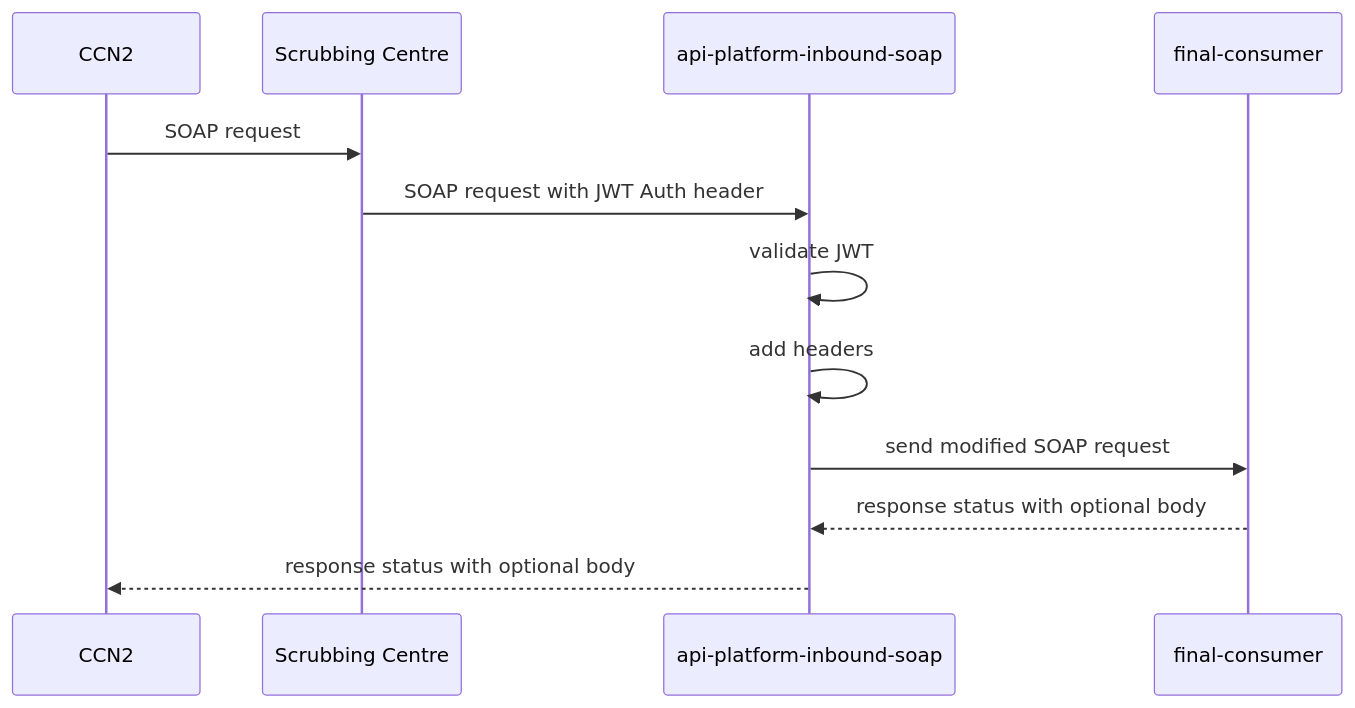
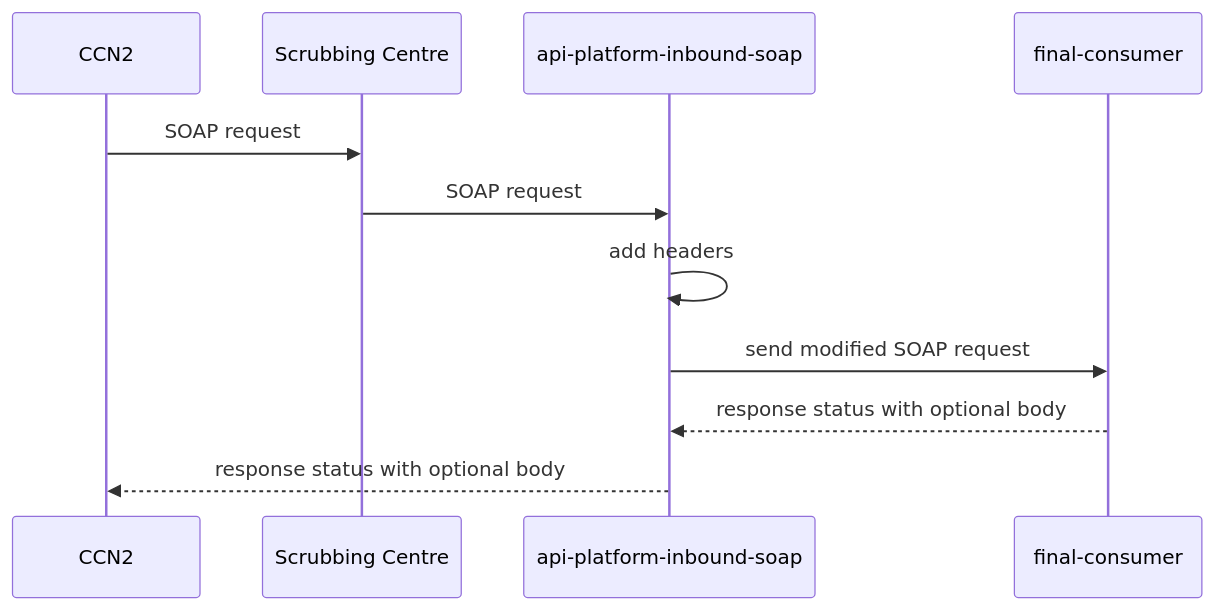
Before and after one commit to hmrc/api-platform-inbound-soap: the second of 2 diagrams in README.md, drawn with Mermaid. The commit also changed other lines of this file and 27 other files, not shown here.

Commit message:
API-9536: Remove JWT validation (#88)

````diff
--- a/README.md
+++ b/README.md
@@ -21,10 +20,9 @@
 ```mermaid
 sequenceDiagram
     CCN2->>Scrubbing Centre:  SOAP request
-    Scrubbing Centre->>api-platform-inbound-soap: SOAP request with JWT Auth header
-    api-platform-inbound-soap->>api-platform-inbound-soap: validate JWT
+    Scrubbing Centre->>api-platform-inbound-soap: SOAP request
     api-platform-inbound-soap->>api-platform-inbound-soap: add headers
     api-platform-inbound-soap->>final-consumer: send modified SOAP request
     final-consumer-->>api-platform-inbound-soap: response status with optional body
     api-platform-inbound-soap-->>CCN2: response status with optional body
 ```
````
